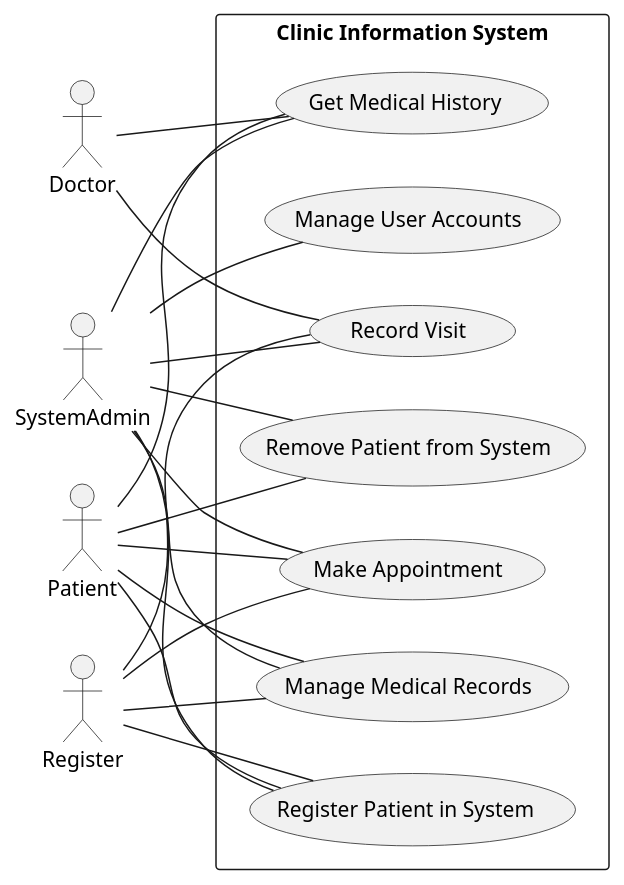
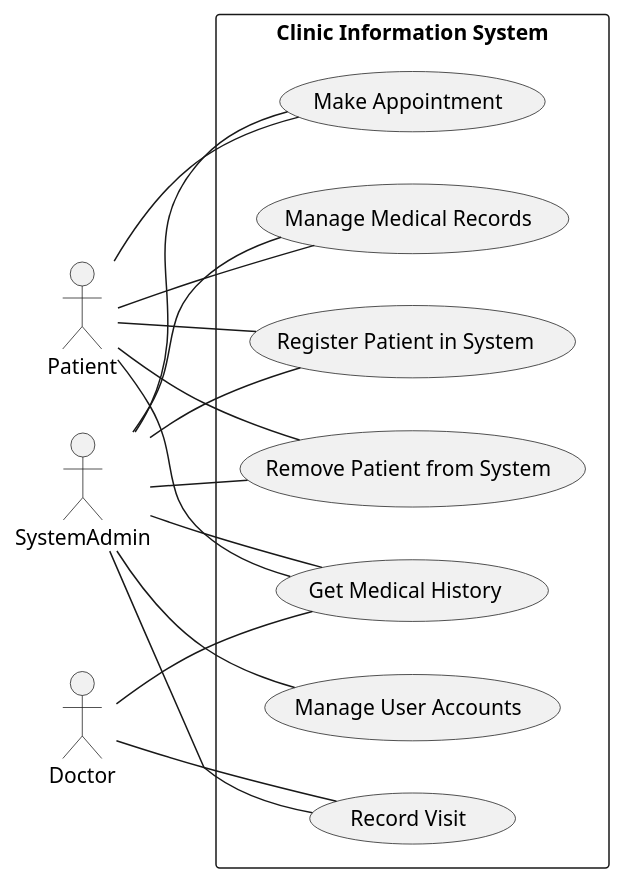
The diagram in use-case.md (penamarth/bsbo-01-22_team2_var3), drawn with PlantUML before and after one commit. The commit also changed 1 other file, not shown here.

Commit message:
Final_version_update

```diff
--- a/use-case.md
+++ b/use-case.md
@@ -1,38 +1,33 @@
 @startuml use_case_diagram
 left to right direction
 
 actor Patient
 actor Doctor
-actor Register
 actor SystemAdmin
 
 rectangle "Clinic Information System" {
     usecase "Make Appointment" as MA
     usecase "Record Visit" as RV
     usecase "Manage Medical Records" as MMR
     usecase "Get Medical History " as GMH
     usecase "Manage User Accounts" as MUA
     usecase "Register Patient in System " as RPS
     usecase "Remove Patient from System" as RPR
 }
 
 Patient -- MA
 Patient -- MMR
 Patient -- RPS
 Patient -- RPR
 Patient -- GMH
 Doctor -- RV
 Doctor -- GMH
-Register -- MA
-Register -- RV
-Register -- RPS
-Register -- MMR
 SystemAdmin -- MUA
 SystemAdmin -- RPR
 SystemAdmin -- MA
 SystemAdmin -- RV
 SystemAdmin -- MMR
 SystemAdmin -- GMH
 SystemAdmin -- RPS
 
 @enduml
```
